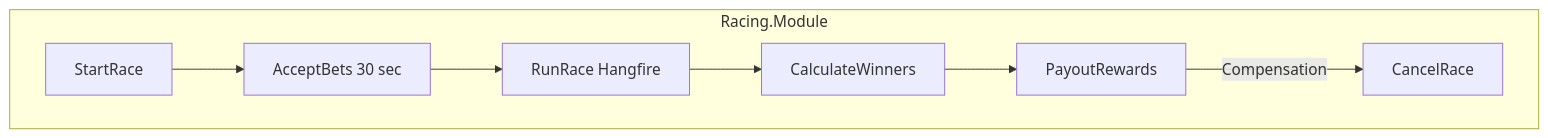
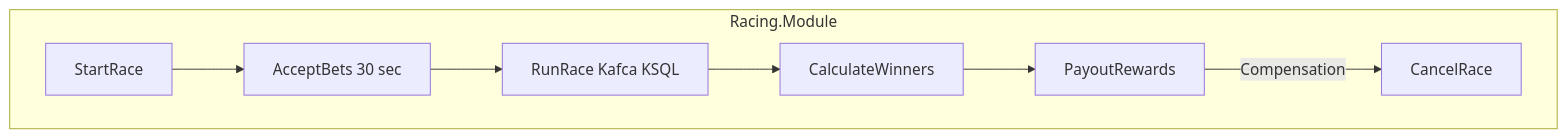
The seventh of 35 diagrams in Architecture.md (cpp20120/RollTheDice), drawn with Mermaid before and after one commit. The commit also changed other lines of this file, not shown here.

````diff
--- a/Architecture.md
+++ b/Architecture.md
@@ -168,10 +169,10 @@
 ```mermaid
 flowchart TD
     subgraph Racing.Module
         A[StartRace] --> B[AcceptBets 30 sec]
-        B --> C[RunRace Hangfire]
+        B --> C[RunRace Kafca KSQL]
         C --> D[CalculateWinners]
         D --> E[PayoutRewards]
         E -->|Compensation| F[CancelRace]
     end
 ```
````
